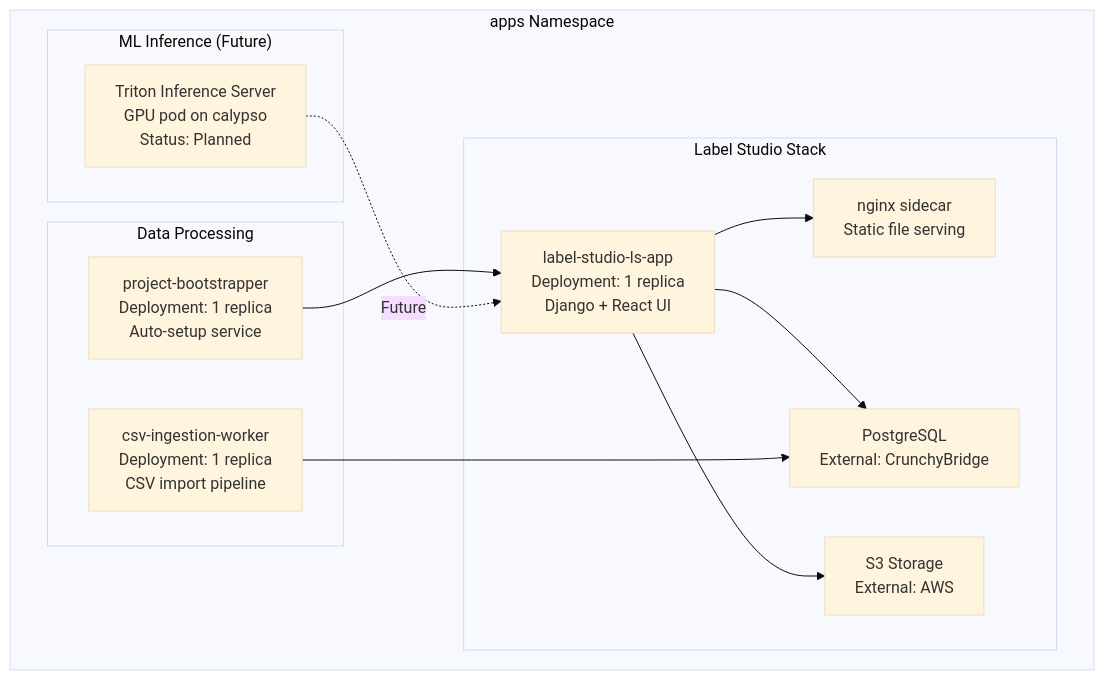
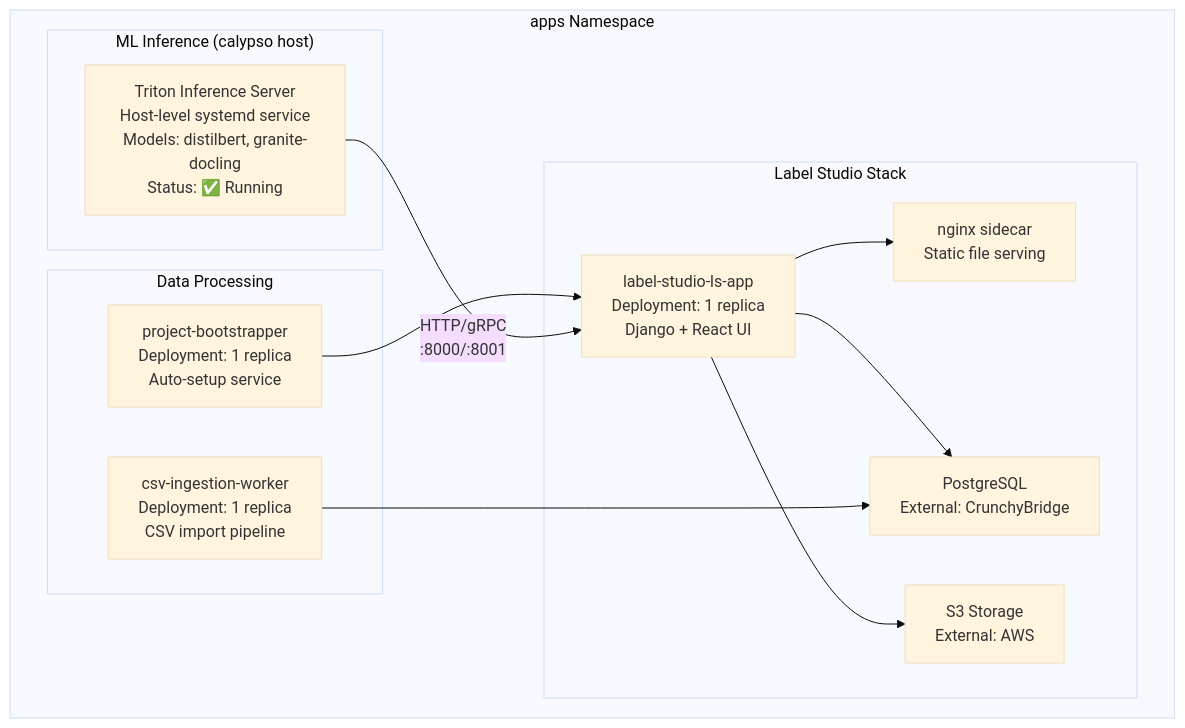
One commit to goldfish-inc/deepseek-ocr-vllm changed the fifth of 15 diagrams in docs/architecture/KUBERNETES_ARCHITECTURE.md. Above: the diagram before and after it, drawn with Mermaid (base theme). The commit also changed other lines of this file and 2 other files, not shown here.

First line of the commit message:
docs: update architecture for calypso as K3s cluster member

````diff
--- a/docs/architecture/KUBERNETES_ARCHITECTURE.md
+++ b/docs/architecture/KUBERNETES_ARCHITECTURE.md
@@ -173,27 +173,27 @@
 ```mermaid
 graph TB
     subgraph "apps Namespace"
         subgraph "Label Studio Stack"
             LS[label-studio-ls-app<br/>Deployment: 1 replica<br/>Django + React UI]
             LSNGINX[nginx sidecar<br/>Static file serving]
             LSDB[PostgreSQL<br/>External: CrunchyBridge]
             LSS3[S3 Storage<br/>External: AWS]
         end
 
         subgraph "Data Processing"
             CSV[csv-ingestion-worker<br/>Deployment: 1 replica<br/>CSV import pipeline]
             PB[project-bootstrapper<br/>Deployment: 1 replica<br/>Auto-setup service]
         end
 
-        subgraph "ML Inference (Future)"
-            TRITON[Triton Inference Server<br/>GPU pod on calypso<br/>Status: Planned]
+        subgraph "ML Inference (calypso host)"
+            TRITON[Triton Inference Server<br/>Host-level systemd service<br/>Models: distilbert, granite-docling<br/>Status: ✅ Running]
         end
     end
 
     LS --> LSNGINX
     LS --> LSDB
     LS --> LSS3
     CSV --> LSDB
     PB --> LS
-    TRITON -.Future.-> LS
+    TRITON -->|HTTP/gRPC<br/>:8000/:8001| LS
 ```
````
